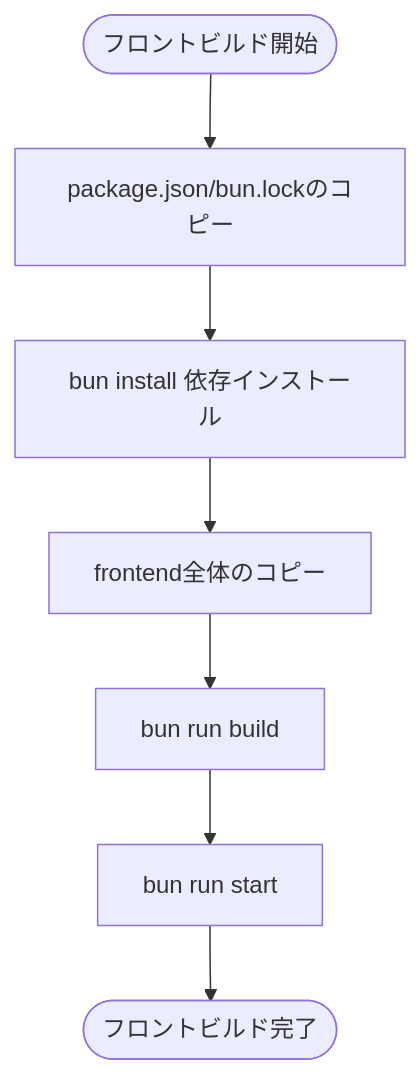
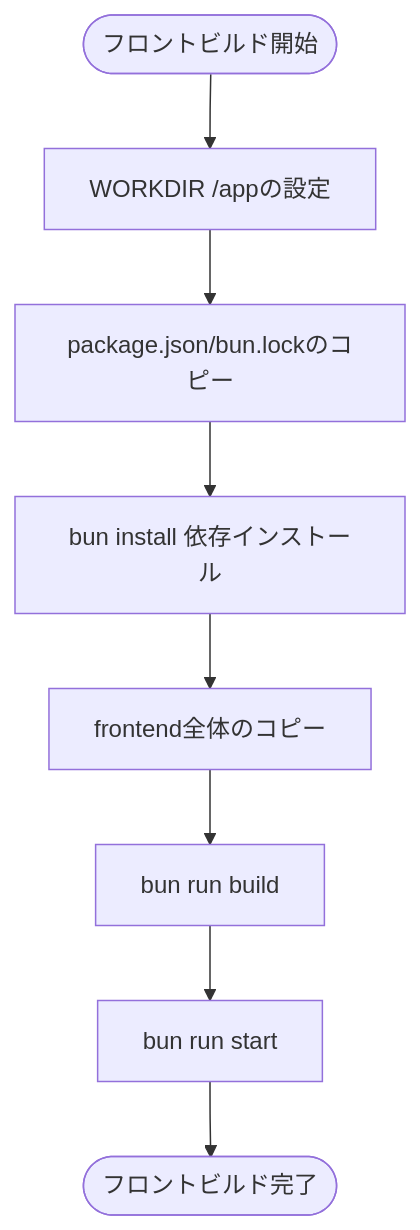
One commit to ss8806/Todos changed the fourth of 7 diagrams in .qoder/repowiki/ja/content/デプロイメントガイド/Dockerコンテナ化.md. Above: the diagram before and after it, drawn with Mermaid. The commit also changed other lines of this file and 9 other files, not shown here.

````diff
--- a/.qoder/repowiki/ja/content/デプロイメントガイド/Dockerコンテナ化.md
+++ b/.qoder/repowiki/ja/content/デプロイメントガイド/Dockerコンテナ化.md
@@ -162,9 +176,10 @@
 ```mermaid
 flowchart TD
-StartF(["フロントビルド開始"]) --> CopyPkg["package.json/bun.lockのコピー"]
+StartF(["フロントビルド開始"]) --> WorkDirF["WORKDIR /appの設定"]
+WorkDirF --> CopyPkg["package.json/bun.lockのコピー"]
 CopyPkg --> Install["bun install 依存インストール"]
 Install --> CopyFE["frontend全体のコピー"]
 CopyFE --> Build["bun run build"]
 Build --> StartFE["bun run start"]
 StartFE --> EndF(["フロントビルド完了"])
 ```
````
